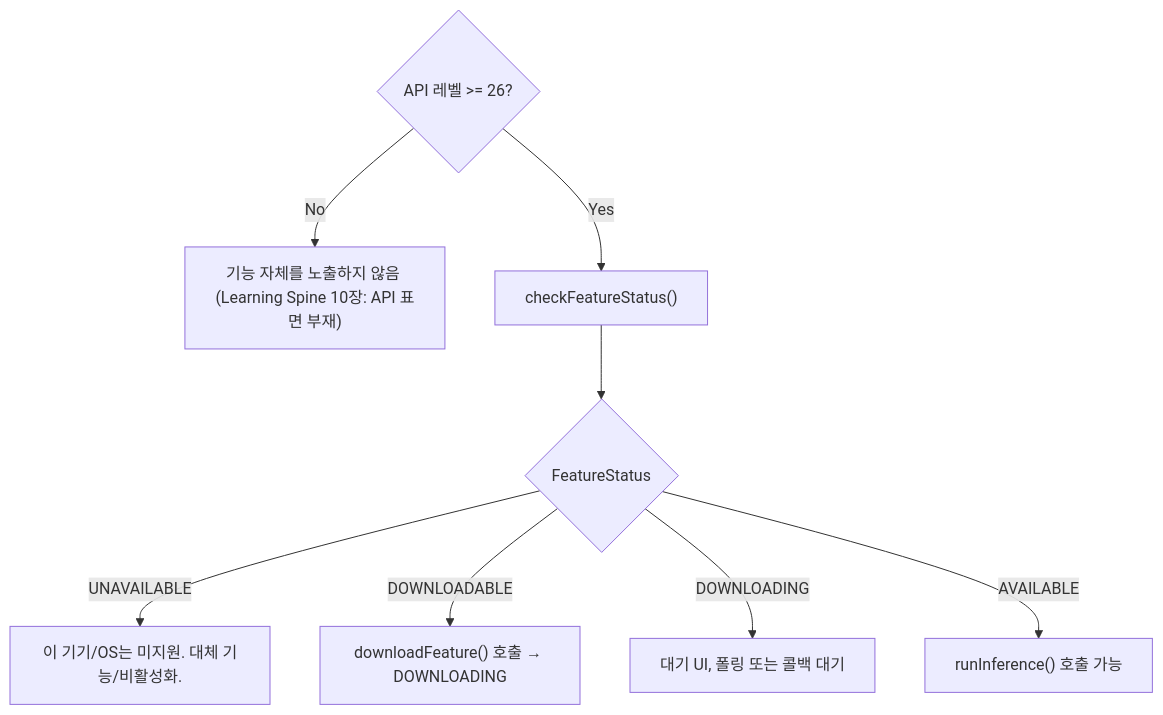
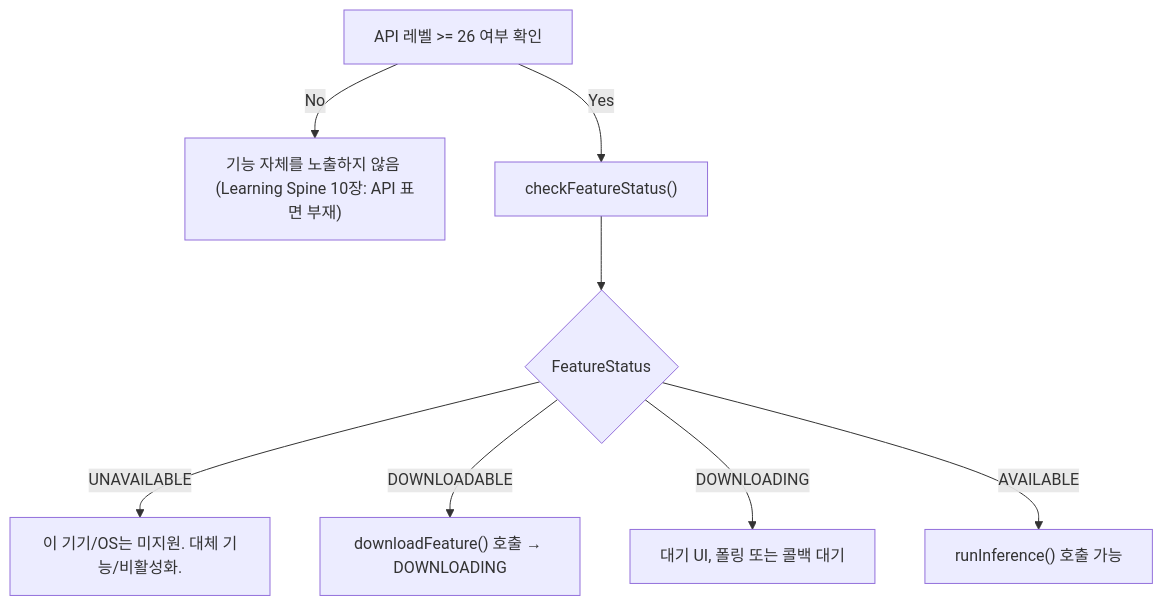
One commit to youngmin-gwon/what-i-studied changed the diagram in 01_inbox/mobile/android/04_system_services/device-capabilities/on-device-ai-contracts/on-device-ai-feature-availability-must-be-checked-before-use.md. Above: the diagram before and after it, drawn with Mermaid. The commit also changed other lines of this file and 247 other files, not shown here.

````diff
--- a/01_inbox/mobile/android/04_system_services/device-capabilities/on-device-ai-contracts/on-device-ai-feature-availability-must-be-checked-before-use.md
+++ b/01_inbox/mobile/android/04_system_services/device-capabilities/on-device-ai-contracts/on-device-ai-feature-availability-must-be-checked-before-use.md
@@ -81,11 +81,11 @@
 ```mermaid
 flowchart TD
-    A{"API 레벨 >= 26?"}
+    A["API 레벨 >= 26 여부 확인"]
     A -->|"No"| B["기능 자체를 노출하지 않음 (Learning Spine 10장: API 표면 부재)"]
     A -->|"Yes"| C["checkFeatureStatus()"]
     C --> D{"FeatureStatus"}
     D -->|"UNAVAILABLE"| E["이 기기/OS는 미지원. 대체 기능/비활성화."]
     D -->|"DOWNLOADABLE"| F["downloadFeature() 호출 → DOWNLOADING"]
     D -->|"DOWNLOADING"| G["대기 UI, 폴링 또는 콜백 대기"]
     D -->|"AVAILABLE"| H["runInference() 호출 가능"]
 ```
````
